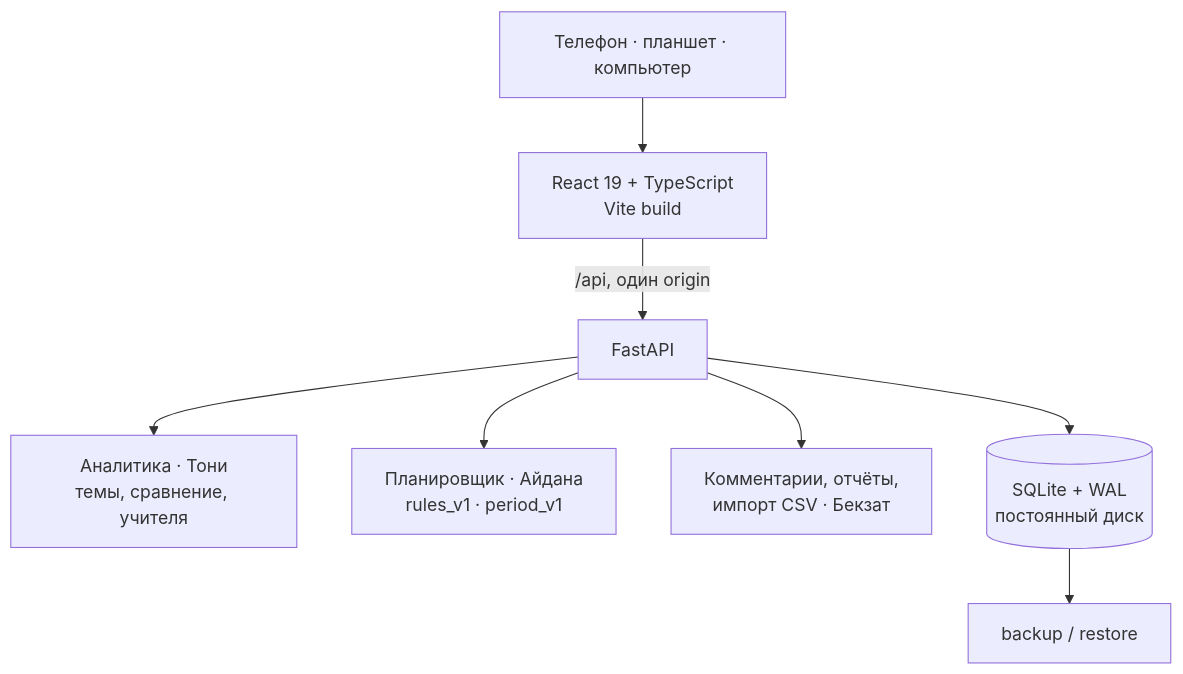
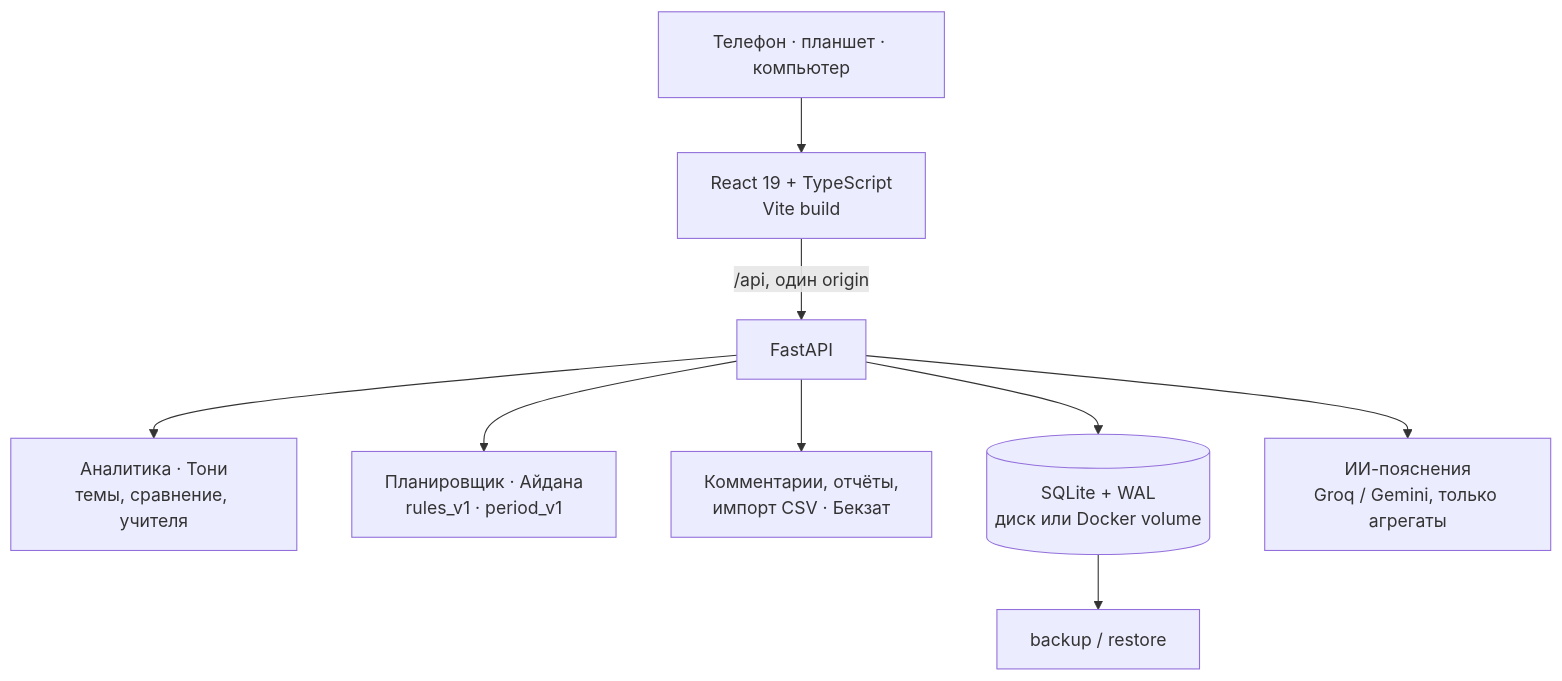
One commit to bekzatwr/data-driven-curriculum changed the diagram in README.md. Above: the diagram before and after it, drawn with Mermaid. The commit also changed other lines of this file and 1 other file, not shown here.

````diff
--- a/README.md
+++ b/README.md
@@ -142,10 +151,11 @@
 ```mermaid
 flowchart TB
     U["Телефон · планшет · компьютер"] --> W["React 19 + TypeScript<br/>Vite build"]
     W -->|"/api, один origin"| A["FastAPI"]
     A --> T["Аналитика · Тони<br/>темы, сравнение, учителя"]
     A --> P["Планировщик · Айдана<br/>rules_v1 · period_v1"]
     A --> C["Комментарии, отчёты,<br/>импорт CSV · Бекзат"]
-    A --> D[("SQLite + WAL<br/>постоянный диск")]
+    A --> D[("SQLite + WAL<br/>диск или Docker volume")]
+    A --> L["ИИ-пояснения<br/>Groq / Gemini, только агрегаты"]
     D --> B["backup / restore"]
 ```
````
